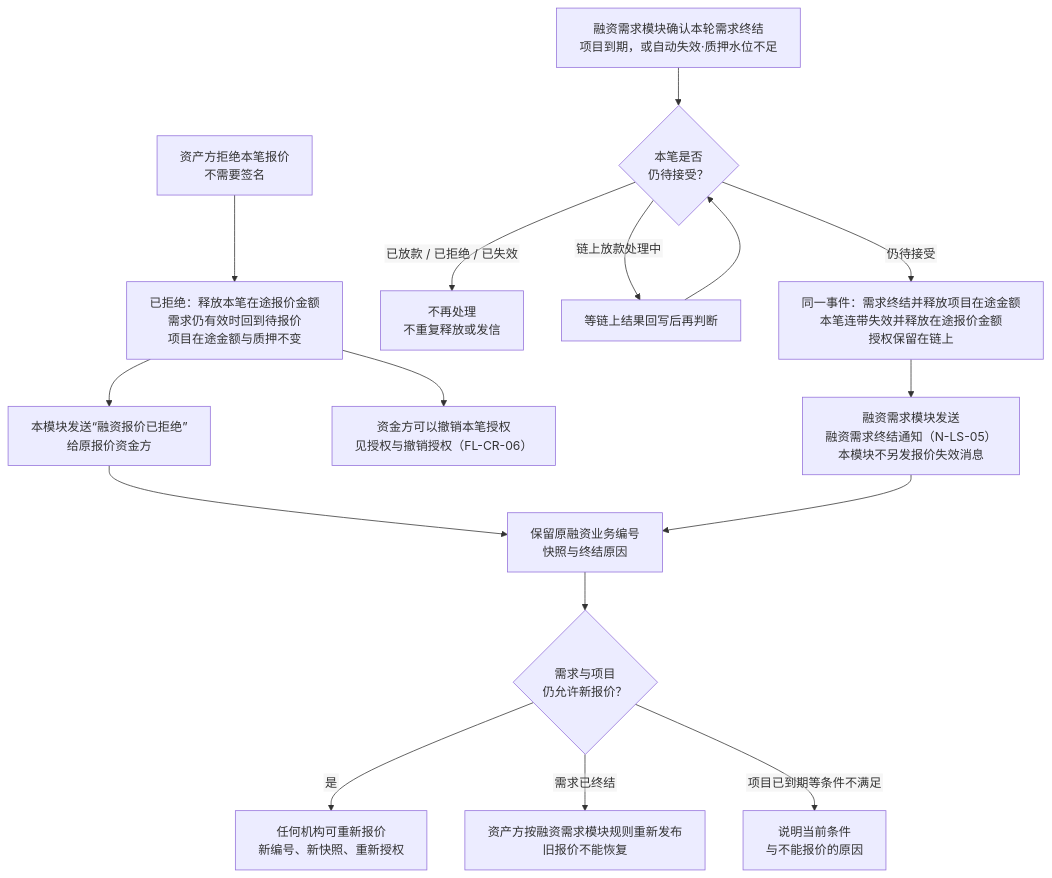
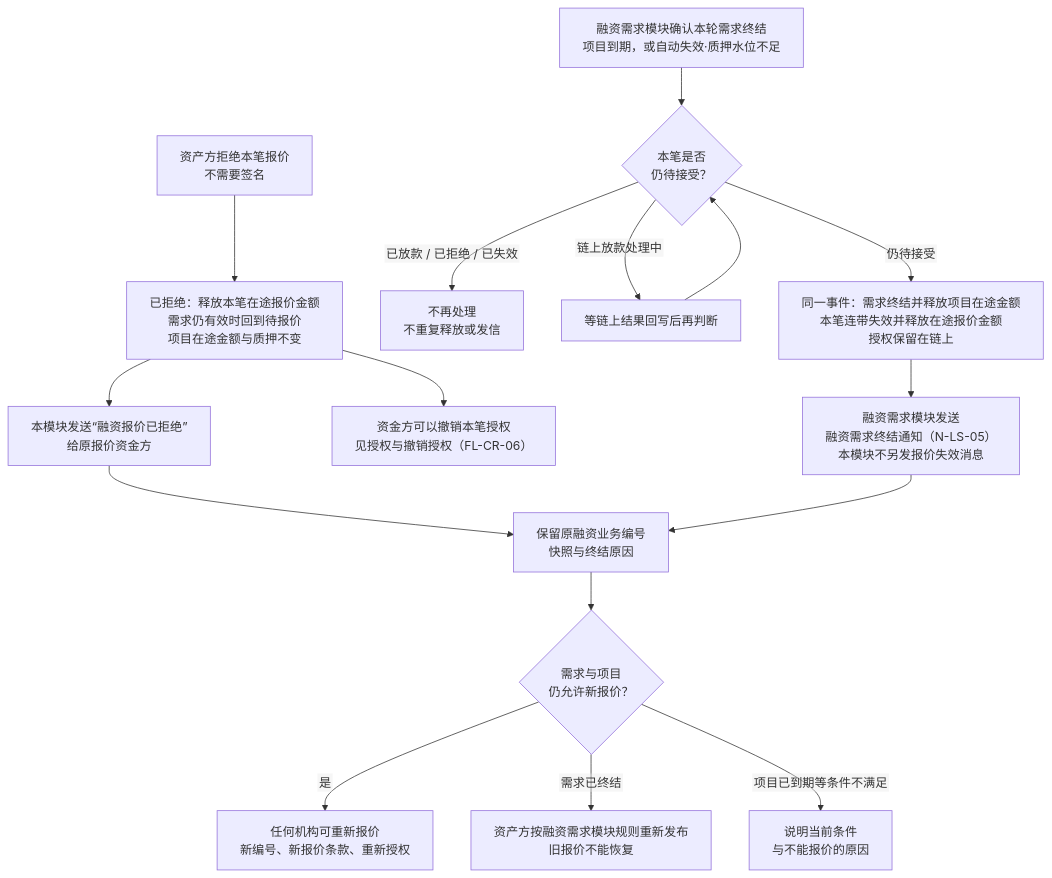
One commit to wxblockchain/Chain-Financing changed the third of 9 diagrams in lending-platform/PRD/面客端/06-借贷广场-授信报价与接受拒绝/02-授信报价与接受拒绝-流程图与状态机.md. Above: the diagram before and after it, drawn with Mermaid. The commit also changed other lines of this file and 38 other files, not shown here.

````diff
--- a/lending-platform/PRD/面客端/06-借贷广场-授信报价与接受拒绝/02-授信报价与接受拒绝-流程图与状态机.md
+++ b/lending-platform/PRD/面客端/06-借贷广场-授信报价与接受拒绝/02-授信报价与接受拒绝-流程图与状态机.md
@@ -116,19 +115,19 @@
 ```mermaid
 %%{init: {"flowchart": {"htmlLabels": false, "wrappingWidth": 400}}}%%
 flowchart TD
   A["资产方拒绝本笔报价<br/>不需要签名"] --> A1["已拒绝：释放本笔在途报价金额<br/>需求仍有效时回到待报价<br/>项目在途金额与质押不变"]
   A1 --> A2["本模块发送“融资报价已拒绝”<br/>给原报价资金方"]
   A1 --> A3["资金方可以撤销本笔授权<br/>见授权与撤销授权（FL-CR-06）"]
   B["融资需求模块确认本轮需求终结<br/>项目到期，或自动失效·质押水位不足"] --> C{"本笔是否<br/>仍待接受？"}
   C -->|"已放款 / 已拒绝 / 已失效"| N["不再处理<br/>不重复释放或发信"]
   C -->|"链上放款处理中"| C1["等链上结果回写后再判断"]
   C1 --> C
   C -->|"仍待接受"| F["同一事件：需求终结并释放项目在途金额<br/>本笔连带失效并释放在途报价金额<br/>授权保留在链上"]
   F --> F1["融资需求模块发送<br/>融资需求终结通知（N-LS-05）<br/>本模块不另发报价失效消息"]
   A2 --> G["保留原融资业务编号<br/>快照与终结原因"]
   F1 --> G
   G --> H{"需求与项目<br/>仍允许新报价？"}
-  H -->|"是"| I["任何机构可重新报价<br/>新编号、新快照、重新授权"]
+  H -->|"是"| I["任何机构可重新报价<br/>新编号、新报价条款、重新授权"]
   H -->|"需求已终结"| J["资产方按融资需求模块规则重新发布<br/>旧报价不能恢复"]
   H -->|"项目已到期等条件不满足"| K["说明当前条件<br/>与不能报价的原因"]
 ```
````
